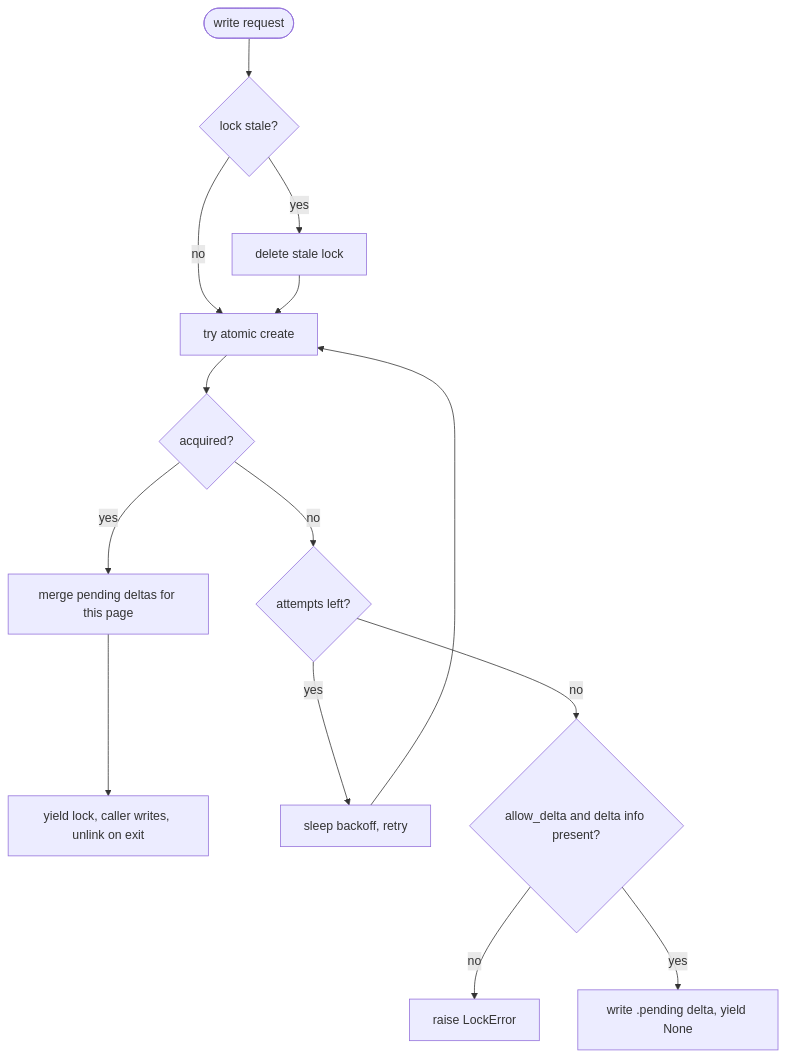
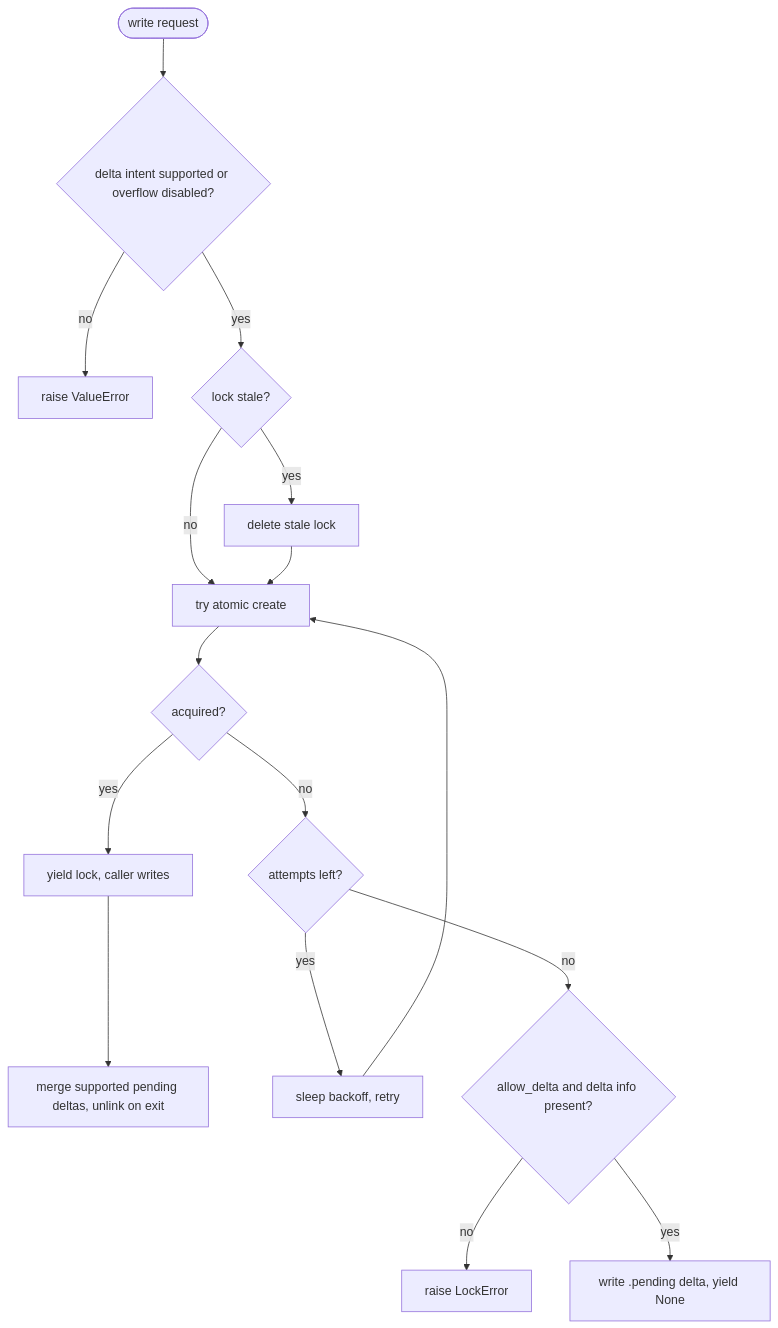
One commit to randyren278/hera changed the second of 3 diagrams in docs/DATA-MODEL.md. Above: the diagram before and after it, drawn with Mermaid. The commit also changed other lines of this file and 7 other files, not shown here.

Commit message:
fix: report vault write and delta merge outcomes honestly

````diff
--- a/docs/DATA-MODEL.md
+++ b/docs/DATA-MODEL.md
@@ -389,16 +389,18 @@
 ```mermaid
 flowchart TD
-  A([write request]) --> B{lock stale?}
+  A([write request]) --> V{delta intent supported or overflow disabled?}
+  V -->|no| X[raise ValueError]
+  V -->|yes| B{lock stale?}
   B -->|yes| C[delete stale lock]
   B -->|no| D
   C --> D[try atomic create]
   D --> E{acquired?}
-  E -->|yes| F[merge pending deltas for this page]
-  F --> G[yield lock, caller writes, unlink on exit]
+  E -->|yes| F[yield lock, caller writes]
+  F --> G[merge supported pending deltas, unlink on exit]
   E -->|no| H{attempts left?}
   H -->|yes| I[sleep backoff, retry]
   I --> D
   H -->|no| J{allow_delta and delta info present?}
   J -->|no| K[raise LockError]
   J -->|yes| L[write .pending delta, yield None]
 ```
````
